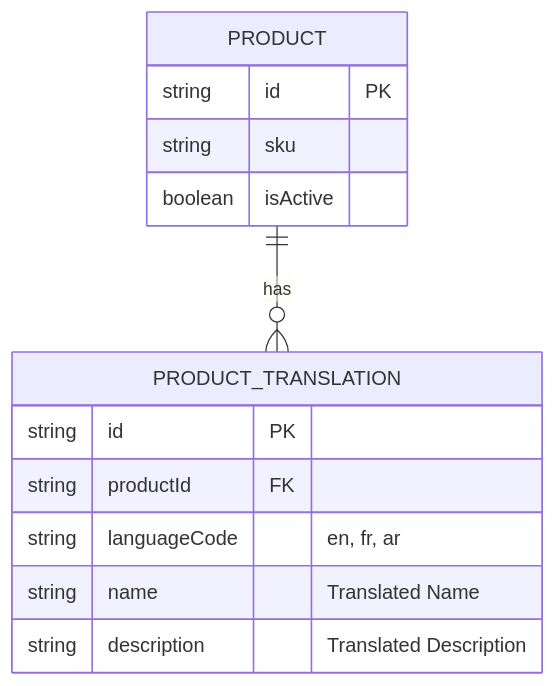
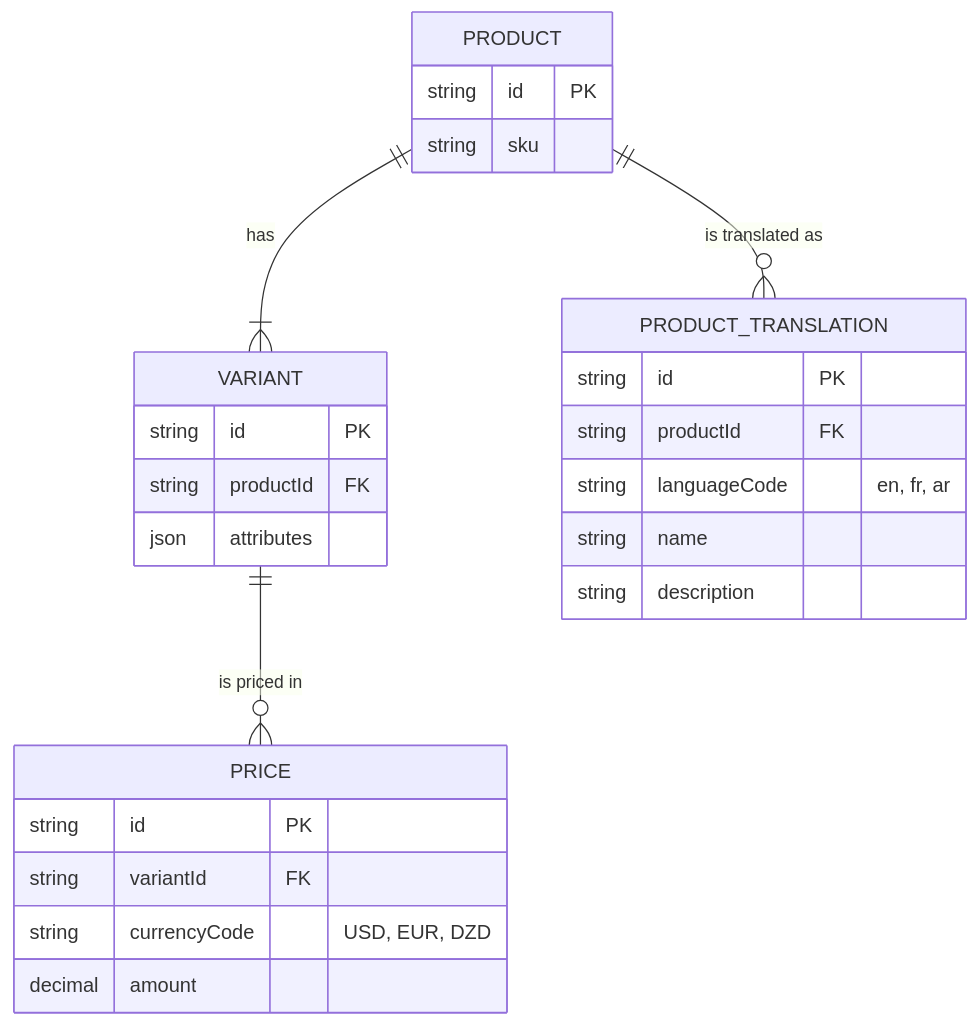
Before and after one commit to HarcheSamir/esisba-lirmm-ecommerce: the second of 4 diagrams in i18n.md, drawn with Mermaid. The commit also changed other lines of this file, not shown here.

````diff
--- a/i18n.md
+++ b/i18n.md
@@ -44,16 +59,29 @@
 ```mermaid
 erDiagram
-    PRODUCT ||--o{ PRODUCT_TRANSLATION : "has"
+    PRODUCT ||--|{ VARIANT : "has"
+    PRODUCT ||--o{ PRODUCT_TRANSLATION : "is translated as"
+    VARIANT ||--o{ PRICE : "is priced in"
+
     PRODUCT {
         string id PK
         string sku
-        boolean isActive
     }
     PRODUCT_TRANSLATION {
         string id PK
         string productId FK
         string languageCode "en, fr, ar"
-        string name "Translated Name"
-        string description "Translated Description"
+        string name
+        string description
+    }
+    VARIANT {
+        string id PK
+        string productId FK
+        json attributes
+    }
+    PRICE {
+        string id PK
+        string variantId FK
+        string currencyCode "USD, EUR, DZD"
+        decimal amount
     }
 ```
````
